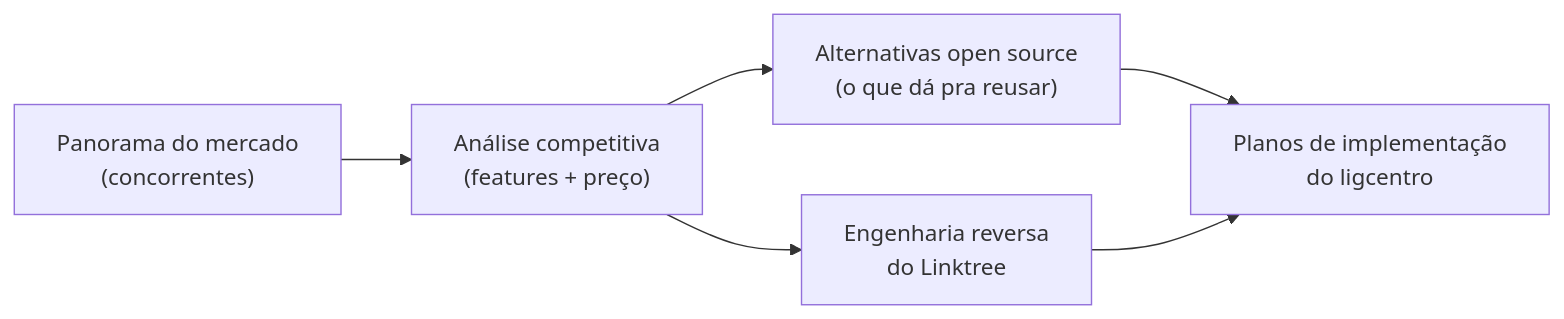
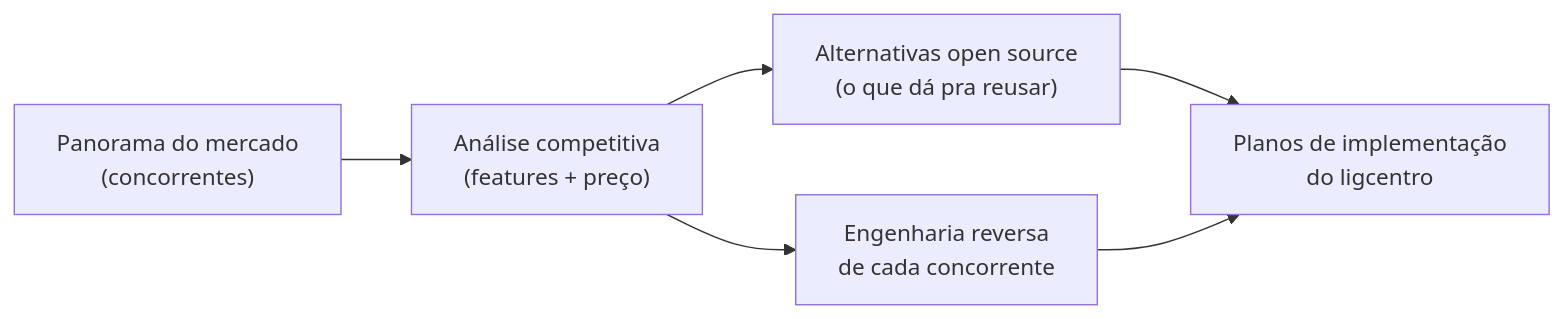
One commit to dougmotshell/ligcentro changed the diagram in docs/market-research/README.md. Above: the diagram before and after it, drawn with Mermaid. The commit also changed other lines of this file and 9 other files, not shown here.

First line of the commit message:
docs: engenharia reversa de 5 concorrentes + plano de superação

````diff
--- a/docs/market-research/README.md
+++ b/docs/market-research/README.md
@@ -29,8 +29,8 @@
 ```mermaid
 flowchart LR
     PAN["Panorama do mercado<br/>(concorrentes)"] --> COMP["Análise competitiva<br/>(features + preço)"]
     COMP --> OSS["Alternativas open source<br/>(o que dá pra reusar)"]
-    COMP --> RE["Engenharia reversa<br/>do Linktree"]
+    COMP --> RE["Engenharia reversa<br/>de cada concorrente"]
     OSS --> PLAN["Planos de implementação<br/>do ligcentro"]
     RE --> PLAN
 ```
````
